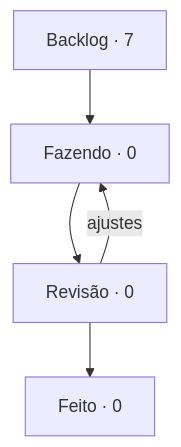
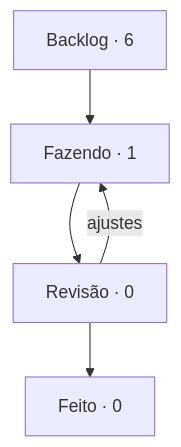
The diagram in boards/dungeon-bend/BOARD.md (StudioVibi/VibiKanban), drawn with Mermaid before and after one commit. The commit also changed other lines of this file and 1 other file, not shown here.

Commit message:
board: DB-3 Backlog → Fazendo (@Leon-nis)

````diff
--- a/boards/dungeon-bend/BOARD.md
+++ b/boards/dungeon-bend/BOARD.md
@@ -5,10 +5,10 @@
 ```mermaid
 flowchart TD
-  backlog["Backlog · 7"] --> doing["Fazendo · 0"]
+  backlog["Backlog · 6"] --> doing["Fazendo · 1"]
   doing --> review["Revisão · 0"]
   review --> done["Feito · 0"]
   review -->|ajustes| doing
   doing:::blue
   review:::yellow
   done:::green
 ```
````
